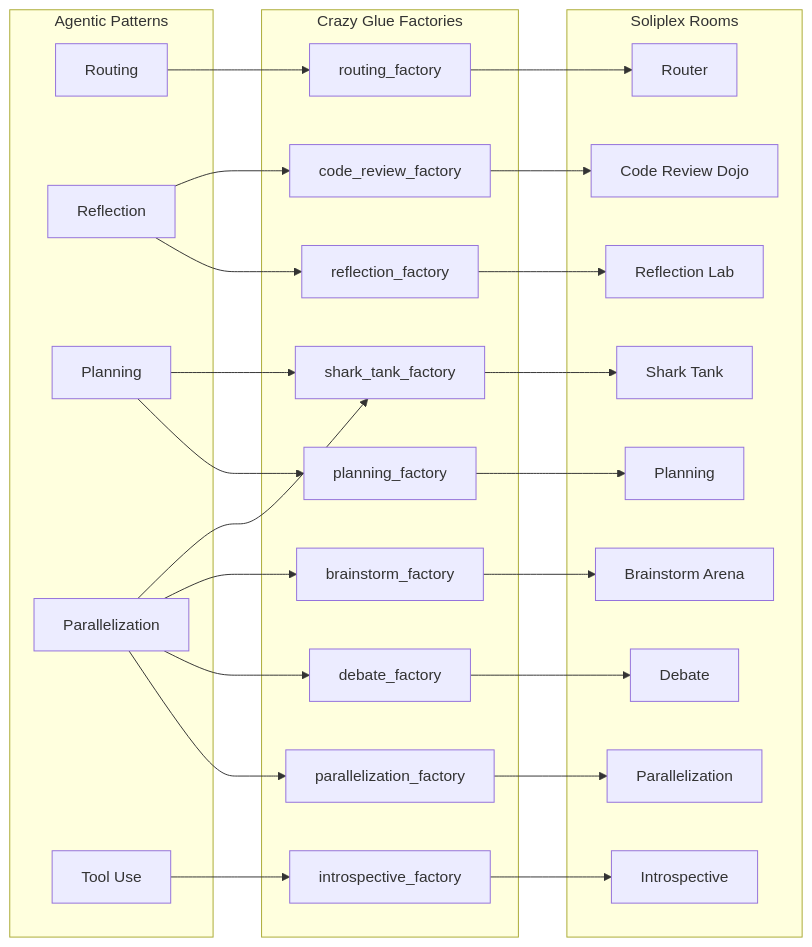
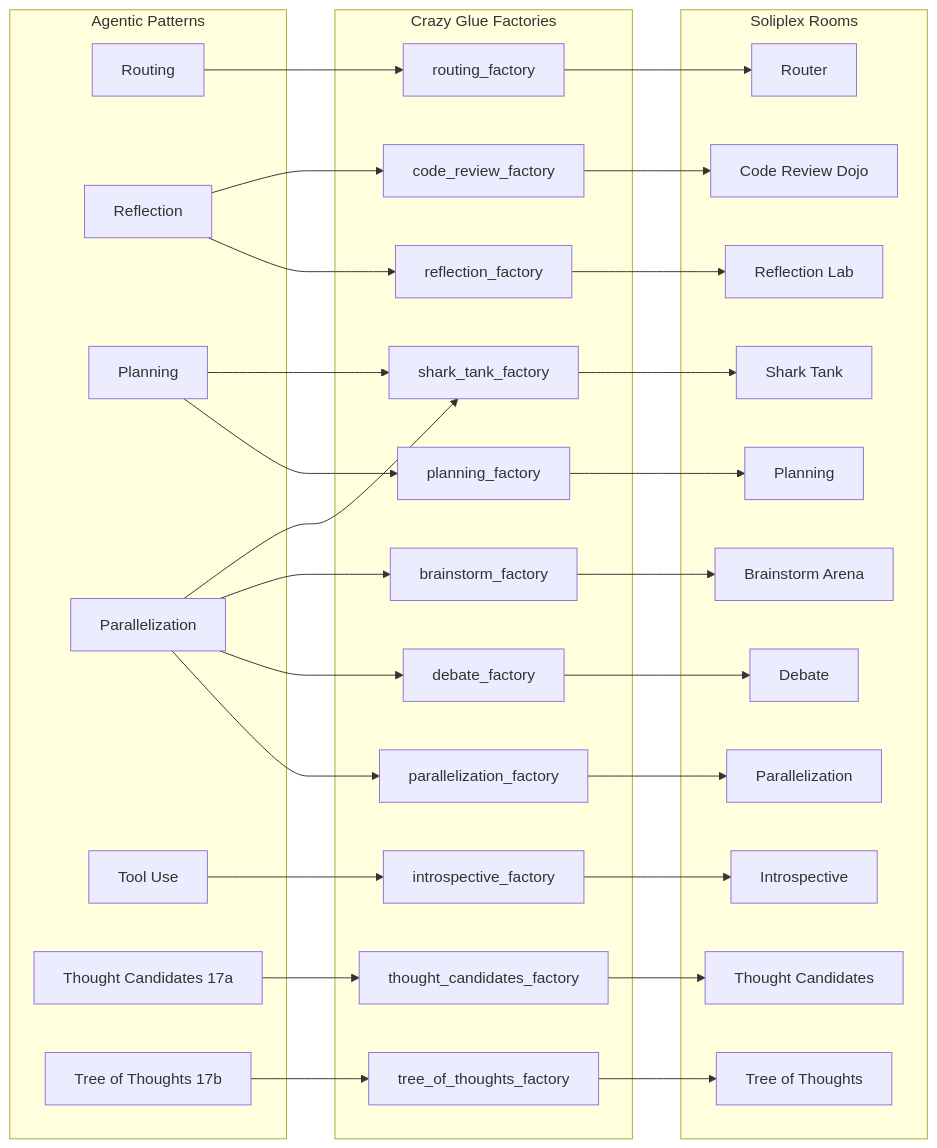
The first of 2 diagrams in docs/index.md (runyaga/crazy-glue), drawn with Mermaid before and after one commit. The commit also changed other lines of this file and 23 other files, not shown here.

First line of the commit message:
feat(rooms): add thought-candidates and tree-of-thoughts rooms (#1)

````diff
--- a/docs/index.md
+++ b/docs/index.md
@@ -44,45 +44,53 @@
 ```mermaid
 flowchart LR
     subgraph "Agentic Patterns"
         R[Routing]
         RF[Reflection]
         PL[Planning]
         PA[Parallelization]
         TU[Tool Use]
+        TC[Thought Candidates 17a]
+        ToT[Tree of Thoughts 17b]
     end
 
     subgraph "Crazy Glue Factories"
         F1[routing_factory]
         F2[reflection_factory]
         F3[planning_factory]
         F4[parallelization_factory]
         F5[debate_factory]
         F6[brainstorm_factory]
         F7[code_review_factory]
         F8[shark_tank_factory]
         F9[introspective_factory]
+        F10[thought_candidates_factory]
+        F11[tree_of_thoughts_factory]
     end
 
     subgraph "Soliplex Rooms"
         RM1[Router]
         RM2[Reflection Lab]
         RM3[Planning]
         RM4[Parallelization]
         RM5[Debate]
         RM6[Brainstorm Arena]
         RM7[Code Review Dojo]
         RM8[Shark Tank]
         RM9[Introspective]
+        RM10[Thought Candidates]
+        RM11[Tree of Thoughts]
     end
 
     R --> F1 --> RM1
     RF --> F2 --> RM2
     RF --> F7 --> RM7
     PL --> F3 --> RM3
     PA --> F4 --> RM4
     PA --> F5 --> RM5
     PA --> F6 --> RM6
     PL --> F8
     PA --> F8 --> RM8
     TU --> F9 --> RM9
+    TC --> F10 --> RM10
+    ToT --> F11 --> RM11
 ```
````
